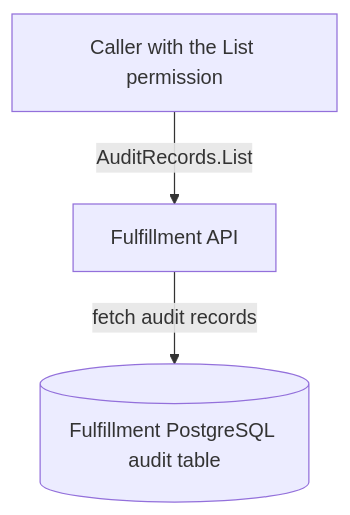
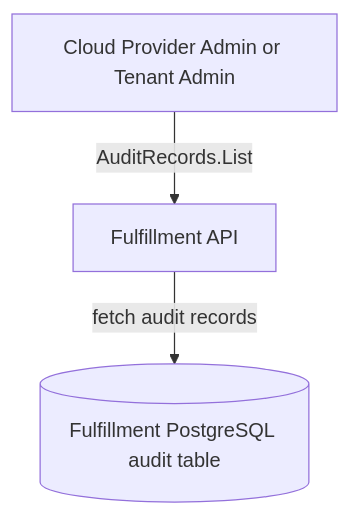
The second of 2 diagrams in enhancements/OSAC-63-audit-log-api/design.md (osac-project/enhancement-proposals), drawn with Mermaid before and after one commit.

Commit message:
OSAC-63: restore audit query diagram labels
Restore the original caller labels in the List API diagram.

````diff
--- a/enhancements/OSAC-63-audit-log-api/design.md
+++ b/enhancements/OSAC-63-audit-log-api/design.md
@@ -175,8 +175,8 @@
 ```mermaid
 flowchart TB
-  Caller[Caller with the List permission]
+  Admin[Cloud Provider Admin or Tenant Admin]
   API[Fulfillment API]
   DB[(Fulfillment PostgreSQL audit table)]
-  Caller -->|AuditRecords.List| API
+  Admin -->|AuditRecords.List| API
   API -->|fetch audit records| DB
 ```
````
